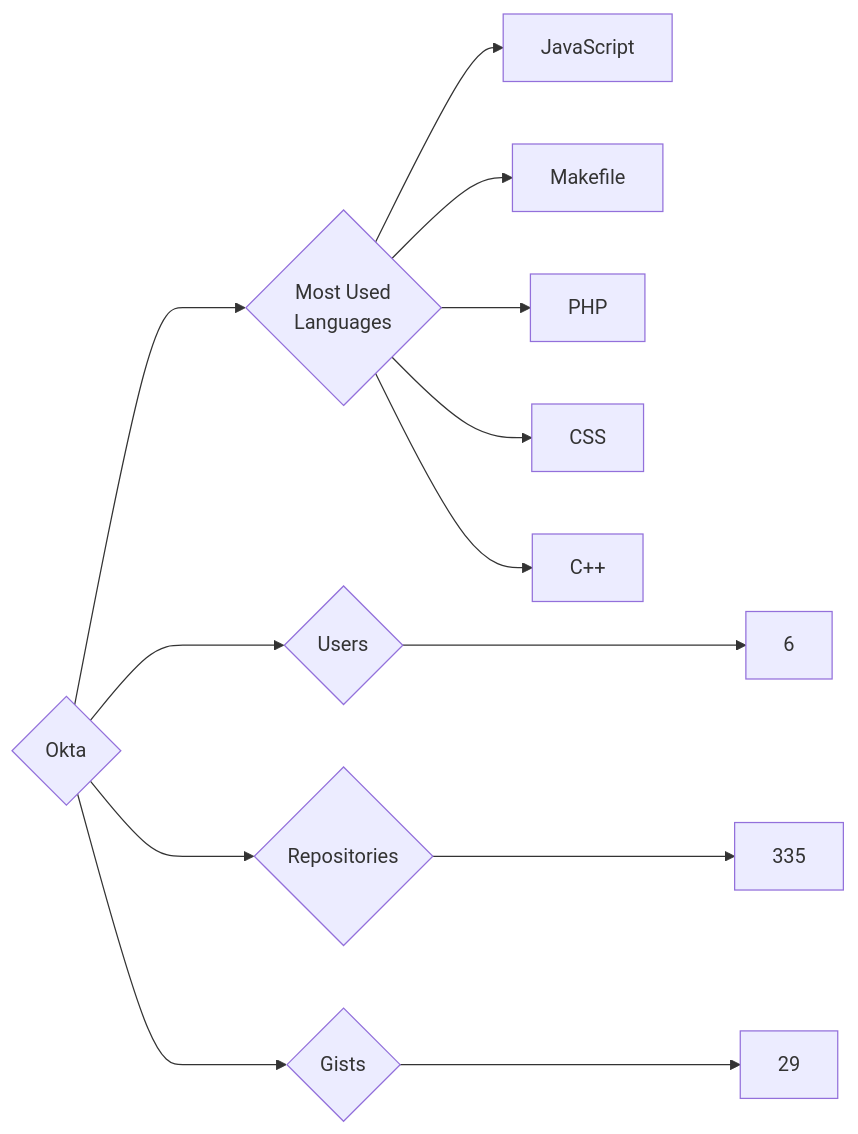
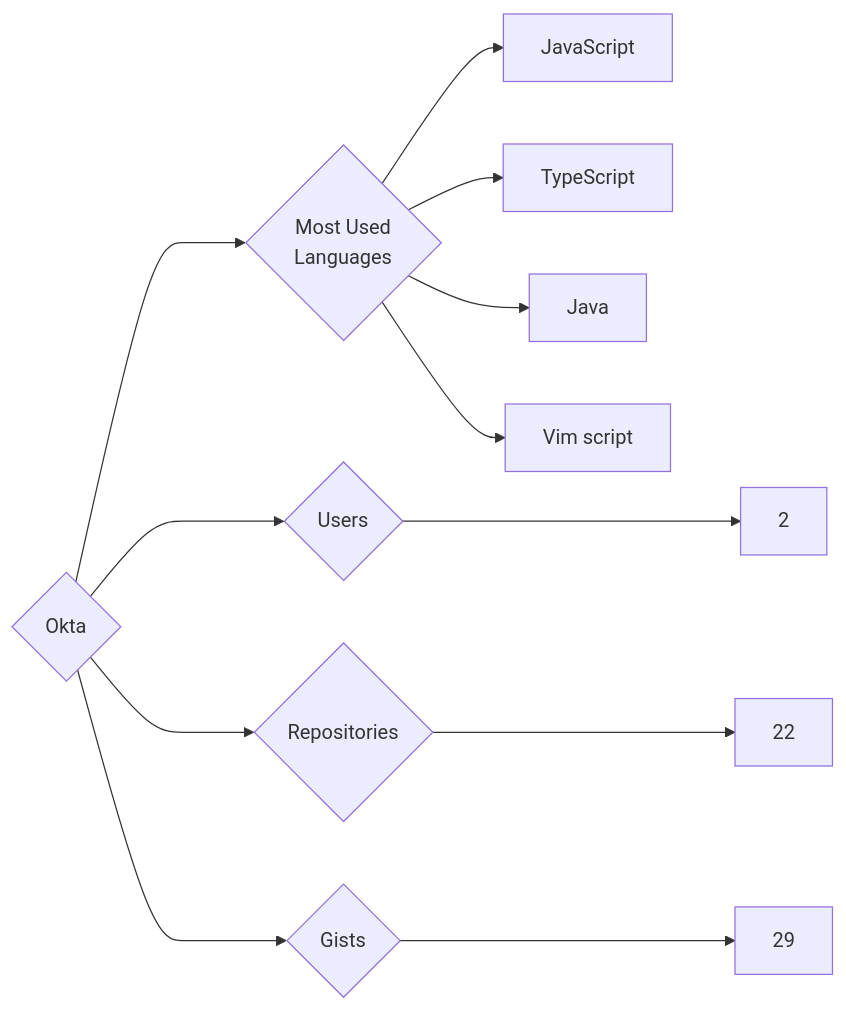
One commit to trickest/insiders changed the diagram in targets/Okta/README.md. Above: the diagram before and after it, drawn with Mermaid. The commit also changed 940 other files, not shown here.

````diff
--- a/targets/Okta/README.md
+++ b/targets/Okta/README.md
@@ -3,13 +3,12 @@
 ```mermaid
 graph LR
 COMPANY_NAME{Okta}
-COMPANY_NAME ---> U{Users} ---> UN[6]
-COMPANY_NAME ---> R{Repositories} ---> RN[335]
+COMPANY_NAME ---> U{Users} ---> UN[2]
+COMPANY_NAME ---> R{Repositories} ---> RN[22]
 COMPANY_NAME ---> G{Gists} ---> GN[29]
 COMPANY_NAME ---> ML{Most Used<br>Languages}
 ML --> JavaScript[JavaScript]
-ML --> Makefile[Makefile]
-ML --> PHP[PHP]
-ML --> CSS[CSS]
-ML --> C++[C++]
+ML --> TypeScript[TypeScript]
+ML --> Java[Java]
+ML --> Vim_script[Vim script]
 ```
````
